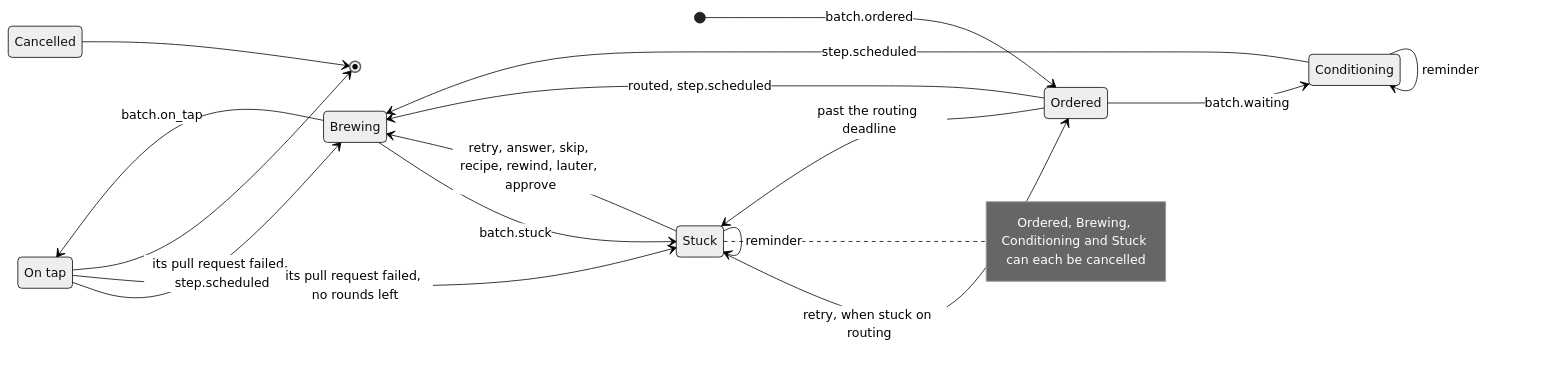
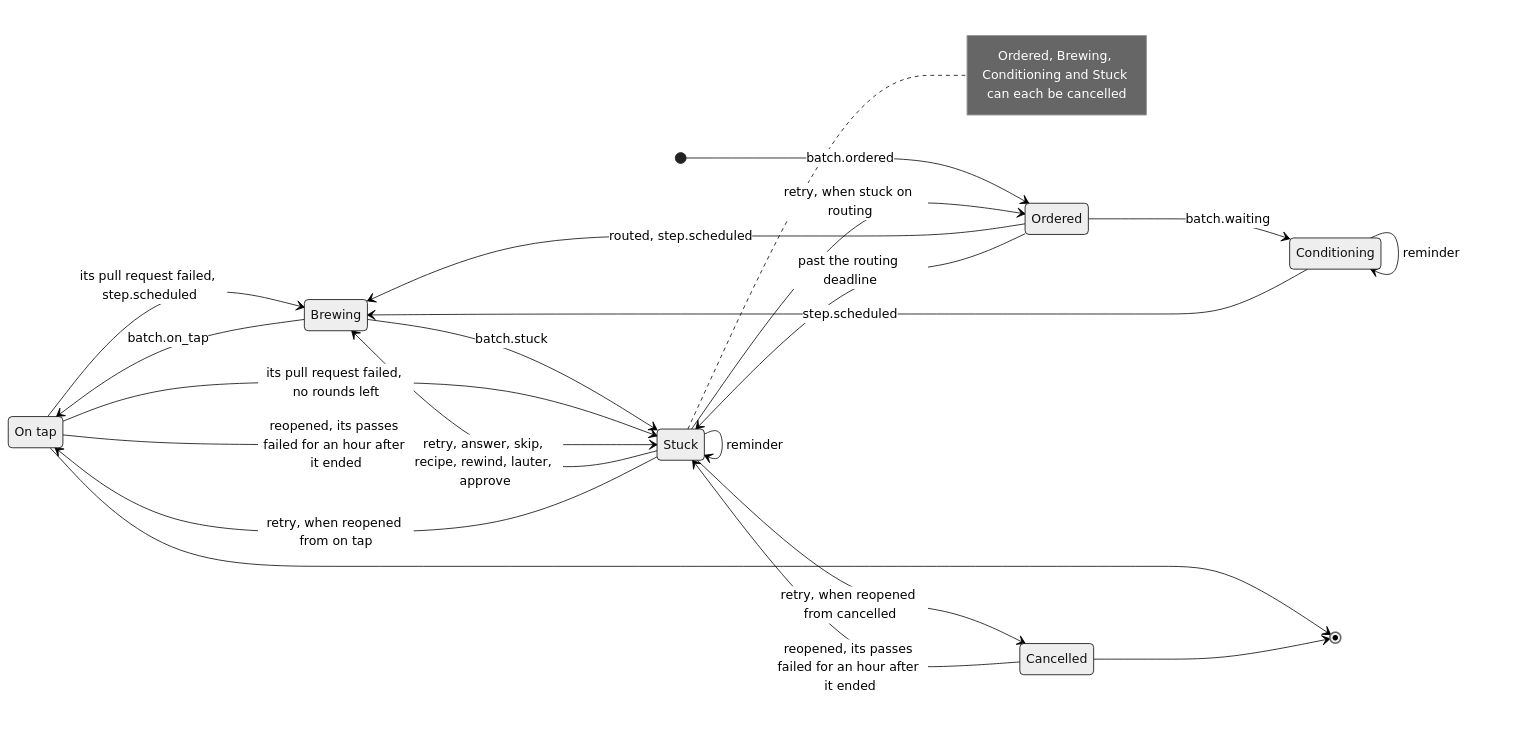
Before and after one commit to EdwinBekaert/foedrum: the diagram in docs/design/engine/lifecycle.md, drawn with Mermaid (neutral theme). The commit also changed other lines of this file and 2 other files, not shown here.

````diff
--- a/docs/design/engine/lifecycle.md
+++ b/docs/design/engine/lifecycle.md
@@ -5,21 +5,25 @@
 ```mermaid
 stateDiagram-v2
   direction LR
   state "On tap" as OnTap
   [*] --> Ordered: batch.ordered
   Ordered --> Brewing: routed, step.scheduled
   Ordered --> Conditioning: batch.waiting
   Conditioning --> Conditioning: reminder
   Conditioning --> Brewing: step.scheduled
   Brewing --> OnTap: batch.on_tap
   Ordered --> Stuck: past the routing deadline
   Brewing --> Stuck: batch.stuck
   Stuck --> Stuck: reminder
   Stuck --> Brewing: retry, answer, skip, recipe, rewind, lauter, approve
   Stuck --> Ordered: retry, when stuck on routing
   OnTap --> Brewing: its pull request failed, step.scheduled
   OnTap --> Stuck: its pull request failed, no rounds left
+  OnTap --> Stuck: reopened, its passes failed for an hour after it ended
+  Cancelled --> Stuck: reopened, its passes failed for an hour after it ended
+  Stuck --> OnTap: retry, when reopened from on tap
+  Stuck --> Cancelled: retry, when reopened from cancelled
   OnTap --> [*]
   Cancelled --> [*]
   note right of Stuck: Ordered, Brewing, Conditioning and Stuck can each be cancelled
 ```
````
